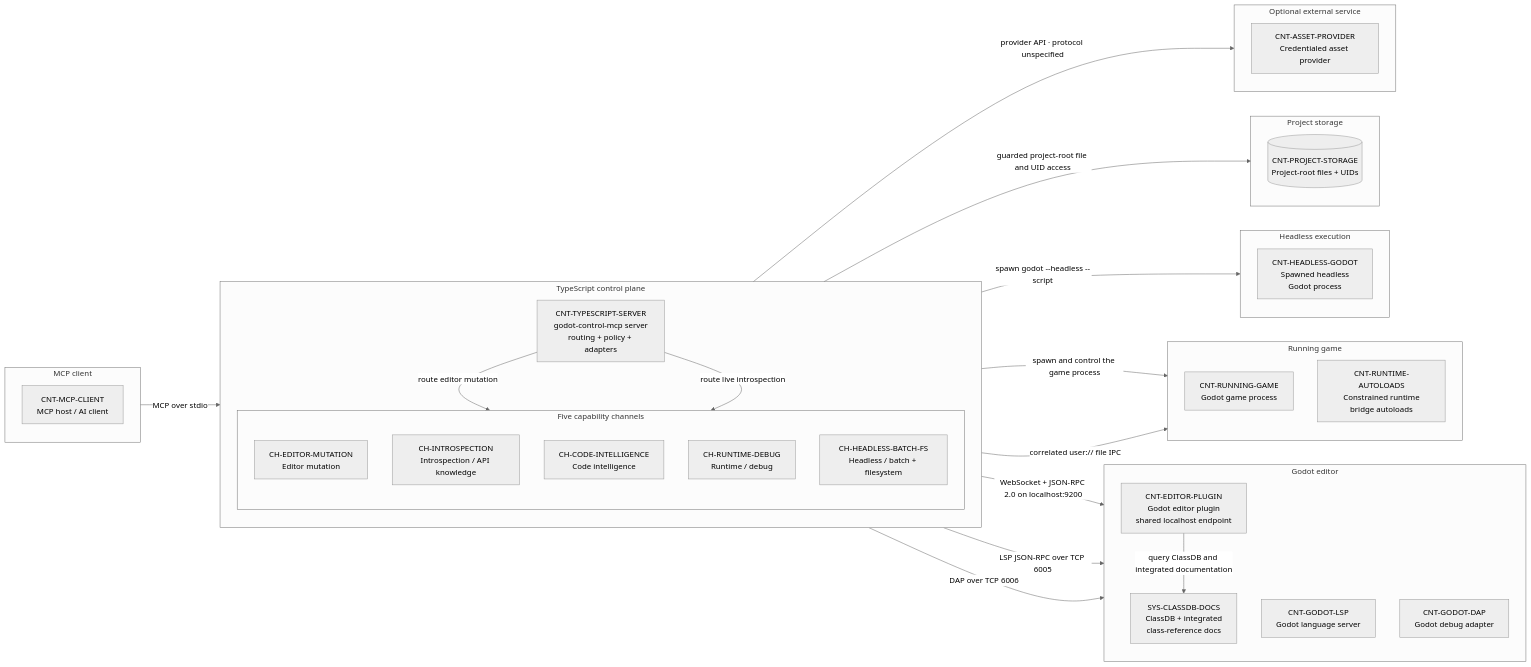
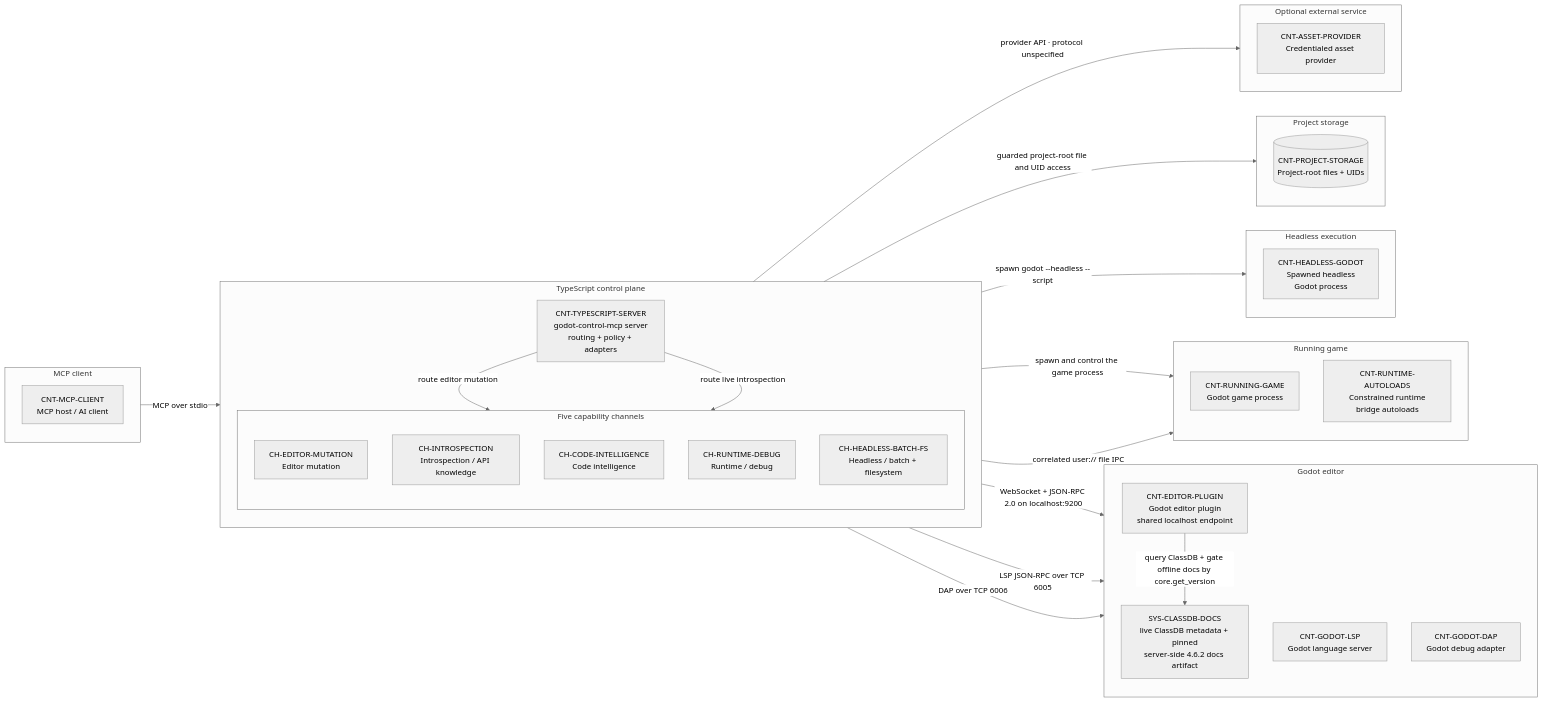
The diagram in docs/architecture/02-container-channels.md (9thLevelSoftware/robogodot), drawn with Mermaid (neutral theme) before and after one commit. The commit also changed other lines of this file and 15 other files, not shown here.

Commit message:
fix: harden class docs and align architecture

```diff
--- a/docs/architecture/02-container-channels.md
+++ b/docs/architecture/02-container-channels.md
@@ -48,7 +48,7 @@
     %% atlas-node: CNT-EDITOR-PLUGIN
     CNT_EDITOR_PLUGIN["CNT-EDITOR-PLUGIN<br/>Godot editor plugin<br/>shared localhost endpoint"]
     %% atlas-node: SYS-CLASSDB-DOCS
-    SYS_CLASSDB_DOCS["SYS-CLASSDB-DOCS<br/>ClassDB + integrated<br/>class-reference docs"]
+    SYS_CLASSDB_DOCS["SYS-CLASSDB-DOCS<br/>live ClassDB metadata + pinned<br/>server-side 4.6.2 docs artifact"]
     %% atlas-node: CNT-GODOT-LSP
     CNT_GODOT_LSP["CNT-GODOT-LSP<br/>Godot language server"]
     %% atlas-node: CNT-GODOT-DAP
@@ -90,7 +90,7 @@
   %% atlas-flow: FLOW-CH-004
   CNT_TYPESCRIPT_SERVER -->|"route live introspection"| CH_INTROSPECTION
   %% atlas-flow: FLOW-CH-005
-  CNT_EDITOR_PLUGIN -->|"query ClassDB and integrated documentation"| SYS_CLASSDB_DOCS
+  CNT_EDITOR_PLUGIN -->|"query ClassDB + gate offline docs by core.get_version"| SYS_CLASSDB_DOCS
   %% atlas-flow: FLOW-CH-006
   CH_CODE_INTELLIGENCE -->|"LSP JSON-RPC over TCP 6005"| CNT_GODOT_LSP
   %% atlas-flow: FLOW-CH-007
```
